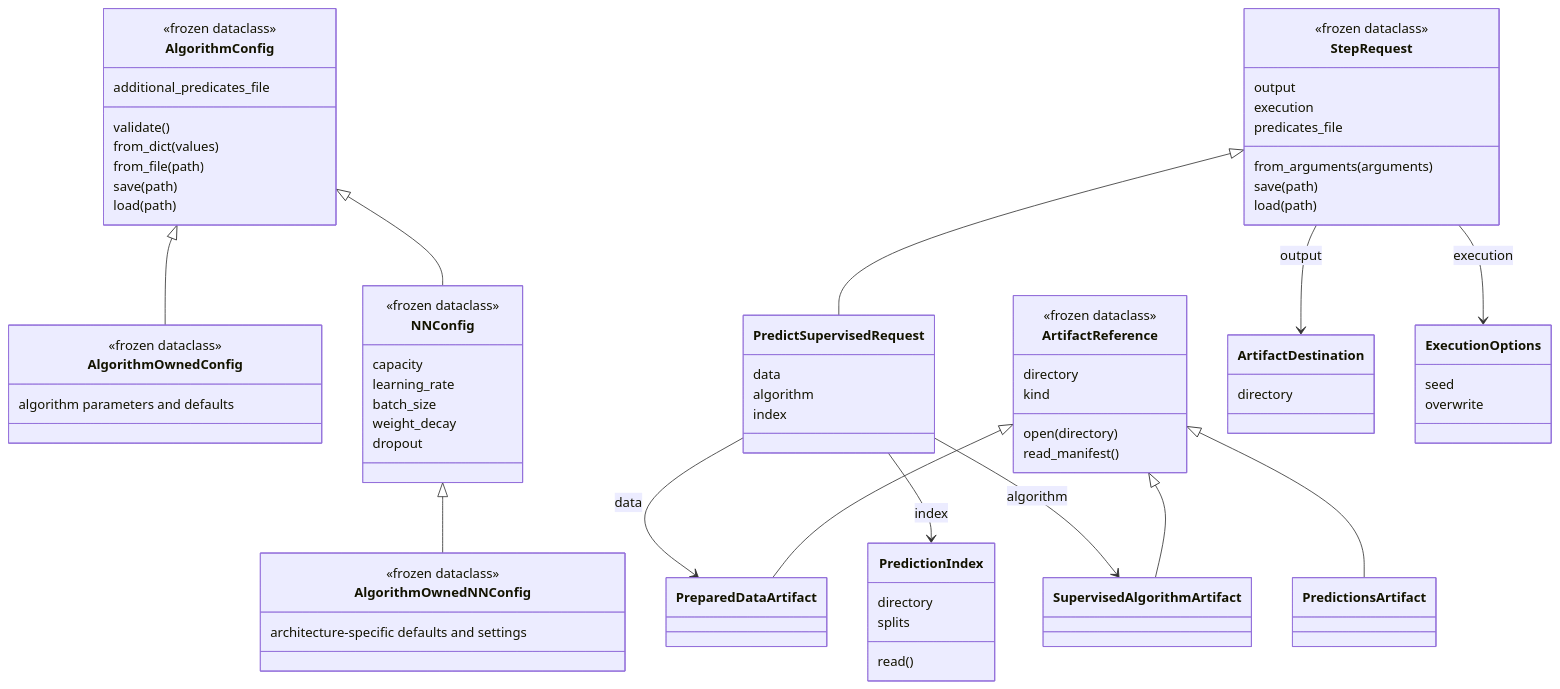
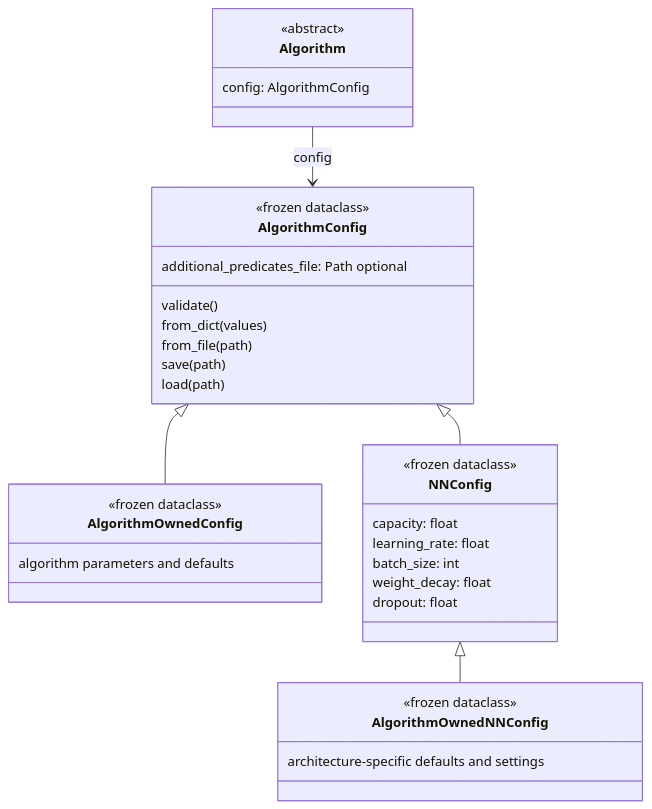
The second of 8 diagrams in ARCHITECTURE.md (McDermottHealthAI/meds-algorithm), drawn with Mermaid before and after one commit. The commit also changed other lines of this file and 13 other files, not shown here.

Commit message:
Simplify typed execution API and document every request and test

````diff
--- a/ARCHITECTURE.md
+++ b/ARCHITECTURE.md
@@ -73,76 +81,36 @@
 ```mermaid
 classDiagram
+    class Algorithm {
+        <<abstract>>
+        config: AlgorithmConfig
+    }
     class AlgorithmConfig {
         <<frozen dataclass>>
-        additional_predicates_file
+        additional_predicates_file: Path optional
         validate()
         from_dict(values)
         from_file(path)
         save(path)
         load(path)
     }
     class AlgorithmOwnedConfig {
         <<frozen dataclass>>
         algorithm parameters and defaults
     }
     class NNConfig {
         <<frozen dataclass>>
-        capacity
-        learning_rate
-        batch_size
-        weight_decay
-        dropout
+        capacity: float
+        learning_rate: float
+        batch_size: int
+        weight_decay: float
+        dropout: float
     }
     class AlgorithmOwnedNNConfig {
         <<frozen dataclass>>
         architecture-specific defaults and settings
     }
-    class StepRequest {
-        <<frozen dataclass>>
-        output
-        execution
-        predicates_file
-        from_arguments(arguments)
-        save(path)
-        load(path)
-    }
-    class PredictSupervisedRequest {
-        data
-        algorithm
-        index
-    }
-    class ArtifactReference {
-        <<frozen dataclass>>
-        directory
-        kind
-        open(directory)
-        read_manifest()
-    }
-    class PreparedDataArtifact
-    class SupervisedAlgorithmArtifact
-    class PredictionsArtifact
-    class PredictionIndex {
-        directory
-        splits
-        read()
-    }
-    class ArtifactDestination {
-        directory
-    }
-    class ExecutionOptions {
-        seed
-        overwrite
-    }
+    Algorithm --> AlgorithmConfig : config
     AlgorithmConfig <|-- AlgorithmOwnedConfig
     AlgorithmConfig <|-- NNConfig
     NNConfig <|-- AlgorithmOwnedNNConfig
-    StepRequest <|-- PredictSupervisedRequest
-    ArtifactReference <|-- PreparedDataArtifact
-    ArtifactReference <|-- SupervisedAlgorithmArtifact
-    ArtifactReference <|-- PredictionsArtifact
-    PredictSupervisedRequest --> PreparedDataArtifact : data
-    PredictSupervisedRequest --> SupervisedAlgorithmArtifact : algorithm
-    PredictSupervisedRequest --> PredictionIndex : index
-    StepRequest --> ArtifactDestination : output
-    StepRequest --> ExecutionOptions : execution
 ```
````
